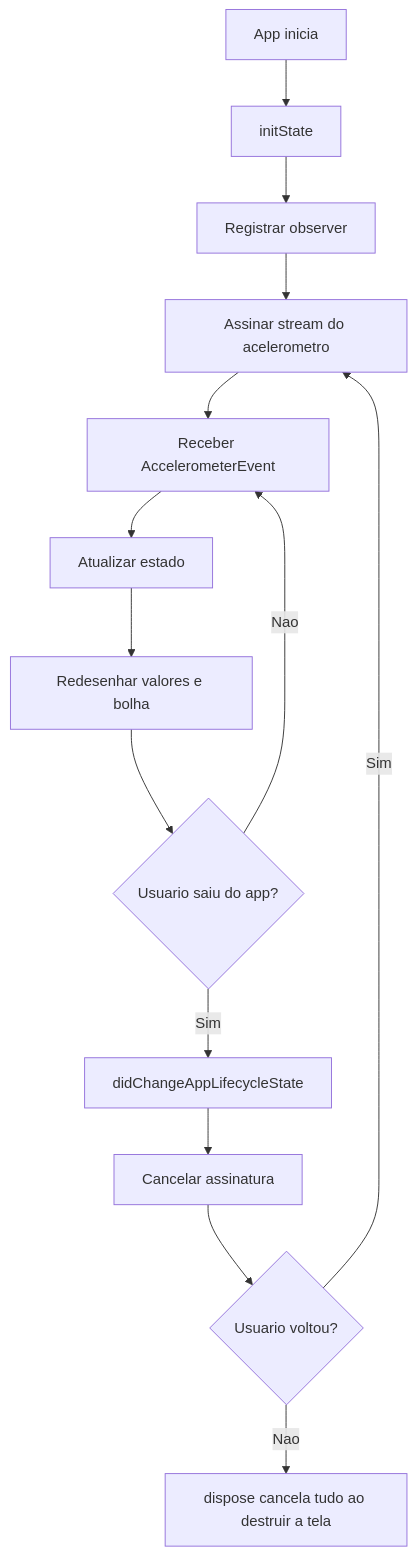
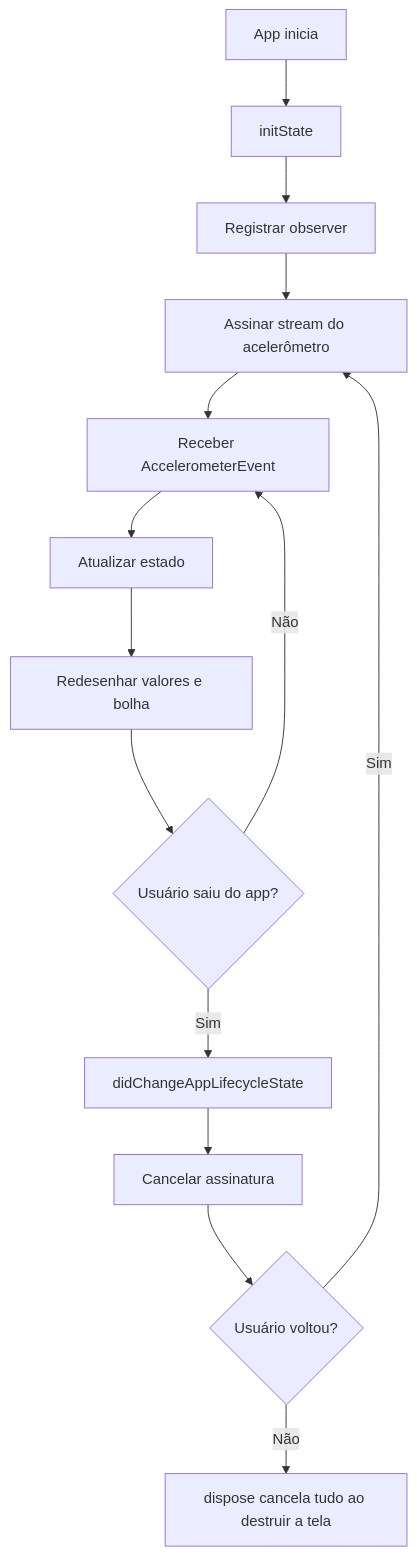
One commit to prof-gustavo-villalta/self changed diagram 17 of 17 in courses/2026-1-DS-Prog-Aplicativos-Mobile-II-Novotec-Noturno/aulas/aula-11.md. Above: the diagram before and after it, drawn with Mermaid. The commit also changed other lines of this file and 6 other files, not shown here.

````diff
--- a/courses/2026-1-DS-Prog-Aplicativos-Mobile-II-Novotec-Noturno/aulas/aula-11.md
+++ b/courses/2026-1-DS-Prog-Aplicativos-Mobile-II-Novotec-Noturno/aulas/aula-11.md
@@ -1007,16 +1007,16 @@
 ```mermaid
 flowchart TD
     A[App inicia] --> B[initState]
     B --> C[Registrar observer]
-    C --> D[Assinar stream do acelerometro]
+    C --> D[Assinar stream do acelerômetro]
     D --> E[Receber AccelerometerEvent]
     E --> F[Atualizar estado]
     F --> G[Redesenhar valores e bolha]
-    G --> H{Usuario saiu do app?}
+    G --> H{Usuário saiu do app?}
     H -->|Sim| I[didChangeAppLifecycleState]
     I --> J[Cancelar assinatura]
-    H -->|Nao| E
-    J --> K{Usuario voltou?}
+    H -->|Não| E
+    J --> K{Usuário voltou?}
     K -->|Sim| D
-    K -->|Nao| L[dispose cancela tudo ao destruir a tela]
+    K -->|Não| L[dispose cancela tudo ao destruir a tela]
 ```
````
